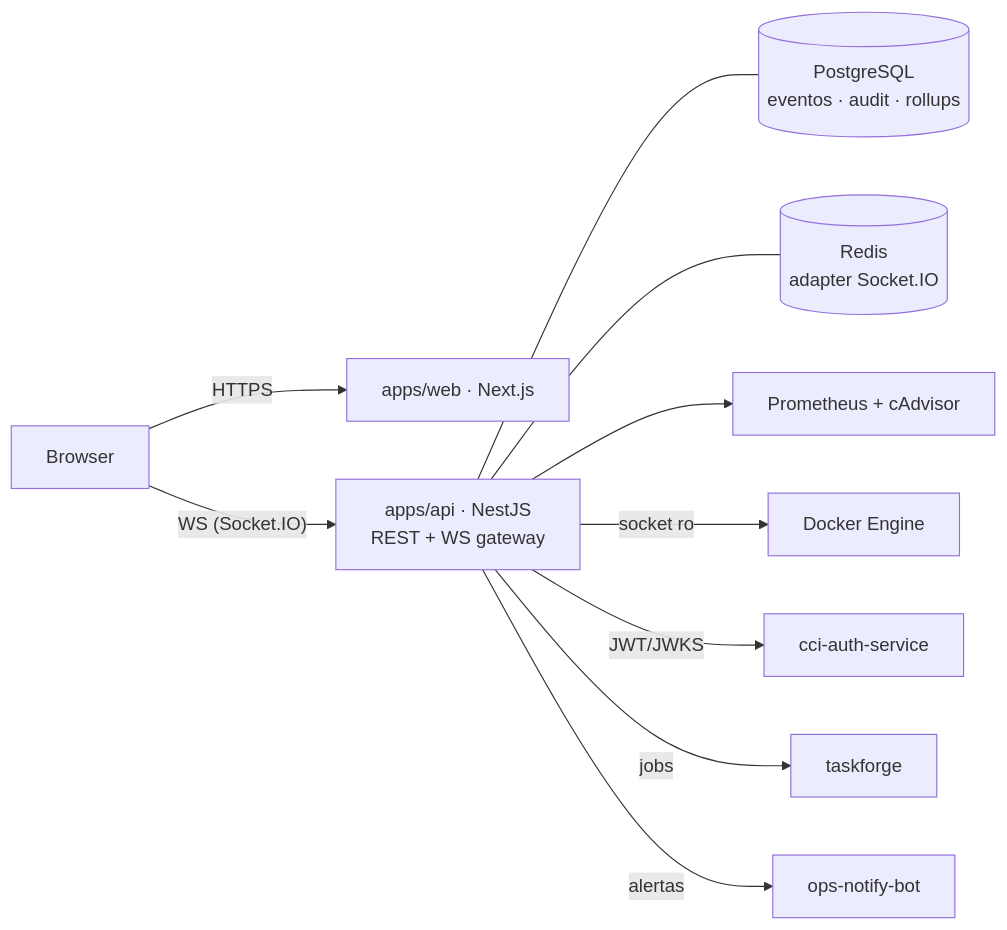
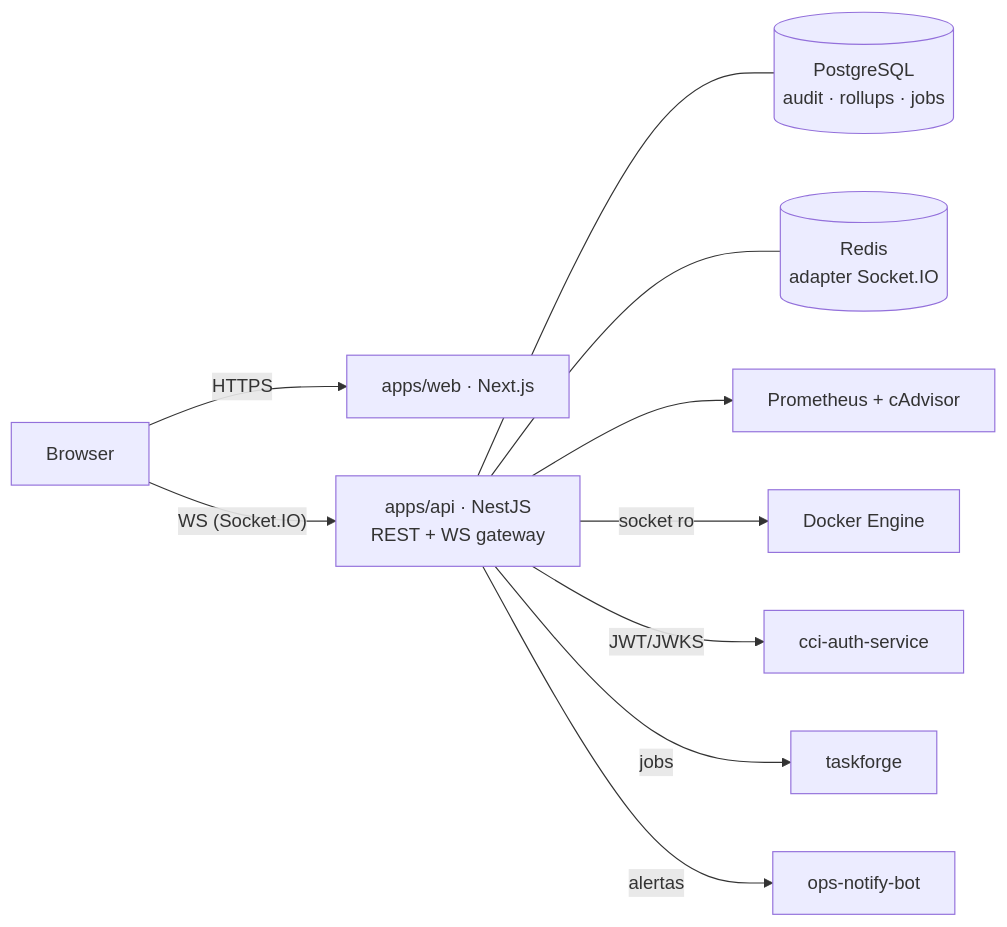
Before and after one commit to corecodeinnovation/core-dashboard: the diagram in README.md, drawn with Mermaid. The commit also changed other lines of this file and 2 other files, not shown here.

````diff
--- a/README.md
+++ b/README.md
@@ -30,12 +38,12 @@
 ```mermaid
 flowchart LR
   B[Browser] -- HTTPS --> W[apps/web · Next.js]
   B -- "WS (Socket.IO)" --> A[apps/api · NestJS<br/>REST + WS gateway]
-  A --- P[(PostgreSQL<br/>eventos · audit · rollups)]
+  A --- P[(PostgreSQL<br/>audit · rollups · jobs)]
   A --- R[(Redis<br/>adapter Socket.IO)]
   A --> PR[Prometheus + cAdvisor]
   A -- "socket ro" --> D[Docker Engine]
   A -- JWT/JWKS --> AUTH[cci-auth-service]
   A -- jobs --> TF[taskforge]
   A -- alertas --> BOT[ops-notify-bot]
 ```
````
